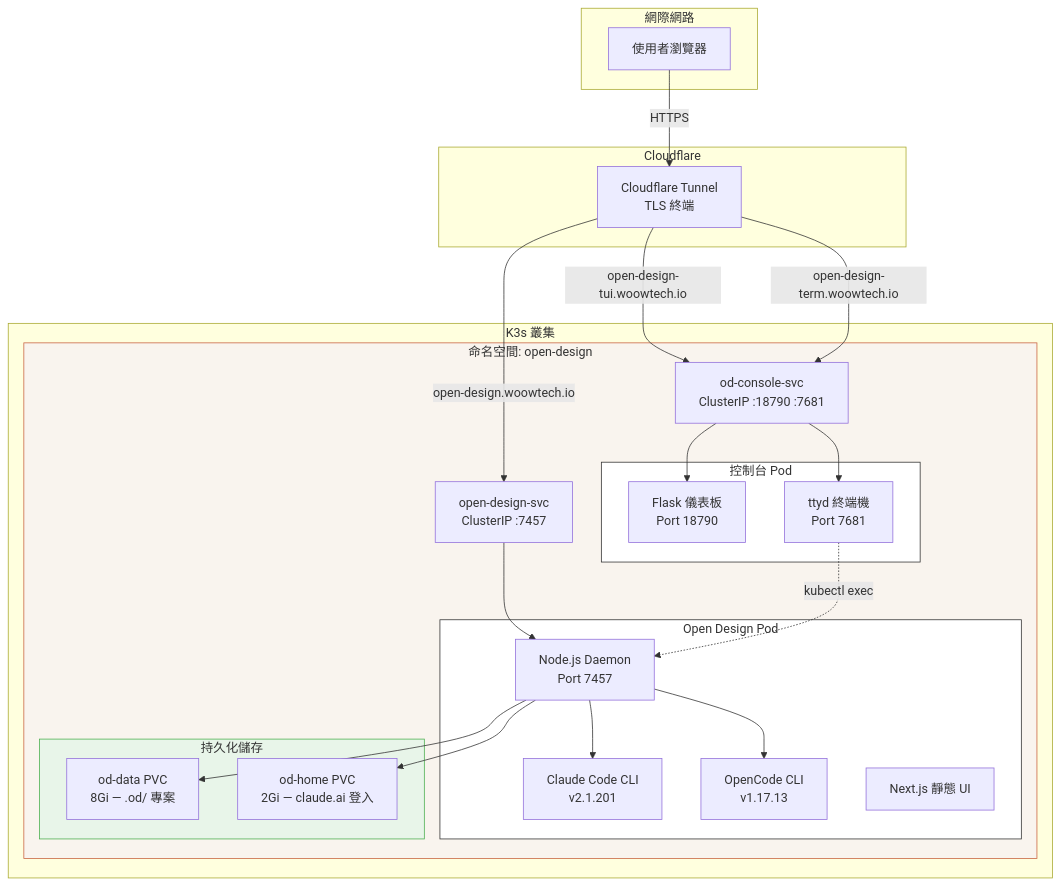
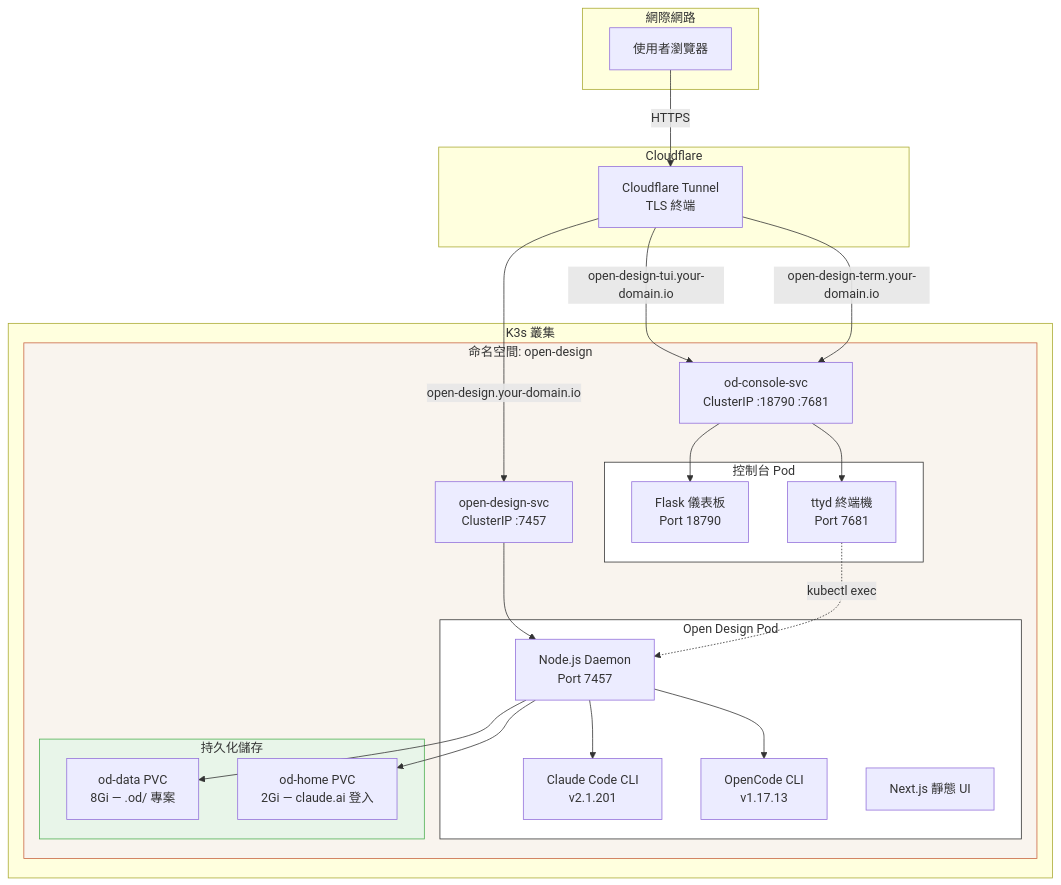
Before and after one commit to WOOWTECH/Woow_k3s_opendesign: the diagram in README_zh-TW.md, drawn with Mermaid. The commit also changed other lines of this file and 5 other files, not shown here.

````diff
--- a/README_zh-TW.md
+++ b/README_zh-TW.md
@@ -48,49 +48,49 @@
 ```mermaid
 graph TB
     subgraph 網際網路
         User[使用者瀏覽器]
     end
 
     subgraph Cloudflare
         CF[Cloudflare Tunnel<br/>TLS 終端]
     end
 
     subgraph K3s 叢集
         subgraph ns[命名空間: open-design]
             subgraph daemon[Open Design Pod]
                 OD[Node.js Daemon<br/>Port 7457]
                 CC[Claude Code CLI<br/>v2.1.201]
                 OC[OpenCode CLI<br/>v1.17.13]
                 WEB[Next.js 靜態 UI]
             end
             subgraph console[控制台 Pod]
                 FLASK[Flask 儀表板<br/>Port 18790]
                 TTYD[ttyd 終端機<br/>Port 7681]
             end
             subgraph storage[持久化儲存]
                 PVC1[od-data PVC<br/>8Gi — .od/ 專案]
                 PVC2[od-home PVC<br/>2Gi — claude.ai 登入]
             end
             SVC1[open-design-svc<br/>ClusterIP :7457]
             SVC2[od-console-svc<br/>ClusterIP :18790 :7681]
         end
     end
 
     User -->|HTTPS| CF
-    CF -->|open-design.woowtech.io| SVC1
-    CF -->|open-design-tui.woowtech.io| SVC2
-    CF -->|open-design-term.woowtech.io| SVC2
+    CF -->|open-design.your-domain.io| SVC1
+    CF -->|open-design-tui.your-domain.io| SVC2
+    CF -->|open-design-term.your-domain.io| SVC2
     SVC1 --> OD
     SVC2 --> FLASK
     SVC2 --> TTYD
     OD --> CC
     OD --> OC
     OD --> PVC1
     OD --> PVC2
     TTYD -.->|kubectl exec| OD
 
     style ns fill:#f9f4ee,stroke:#c96442
     style daemon fill:#fff,stroke:#333
     style console fill:#fff,stroke:#333
     style storage fill:#e8f5e9,stroke:#4caf50
 ```
````
